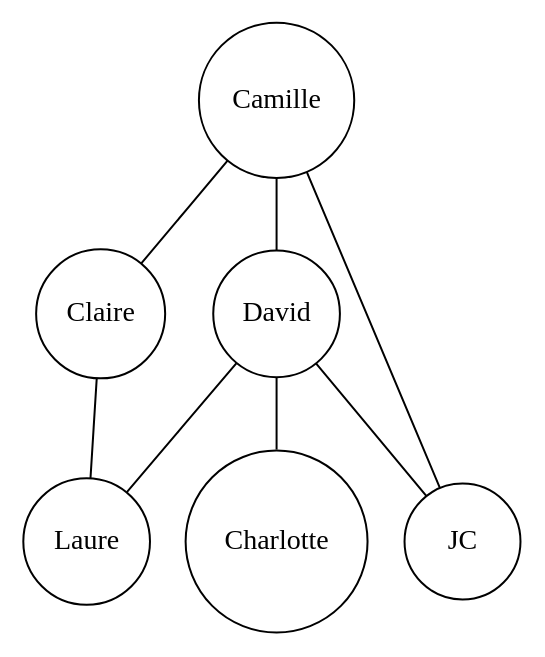
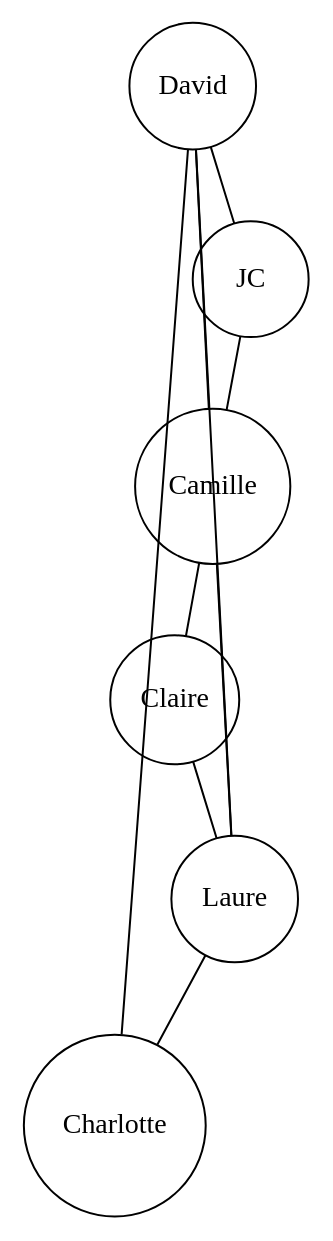
Before and after one commit to coti/interactions: the diagram in graphe.dot, drawn with Graphviz. The commit also changed 1 other file, not shown here.

```diff
--- a/graphe.dot
+++ b/graphe.dot
@@ -1,13 +1,16 @@
  digraph G {
  node [shape=circle width=.8 ];
  edge [arrowhead=none];
  splines=false;
 
 Claire -> Laure;
+Laure -> Charlotte;
 David -> Laure;
+JC -> Camille;
+Camille -> Laure;
+David -> JC;
 Camille -> David;
-Camille -> JC;
-David -> JC;
 Camille -> Claire;
 David -> Charlotte;
+
  }
```
